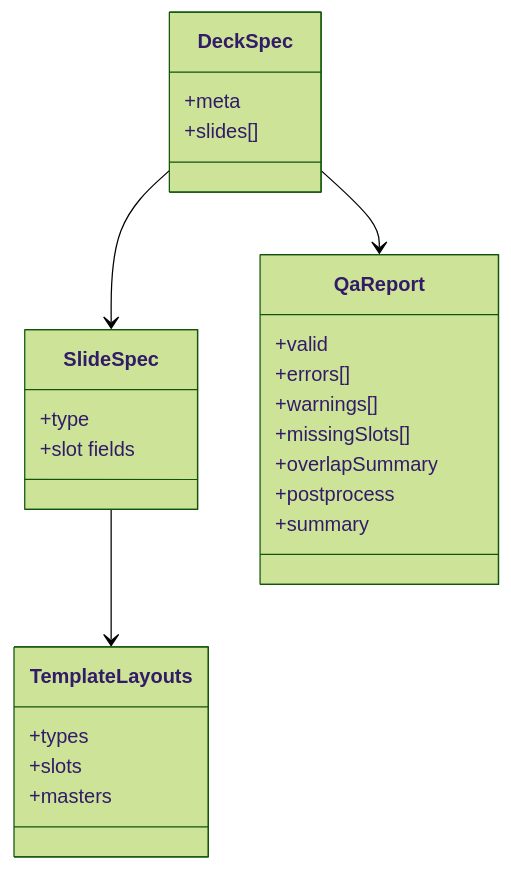
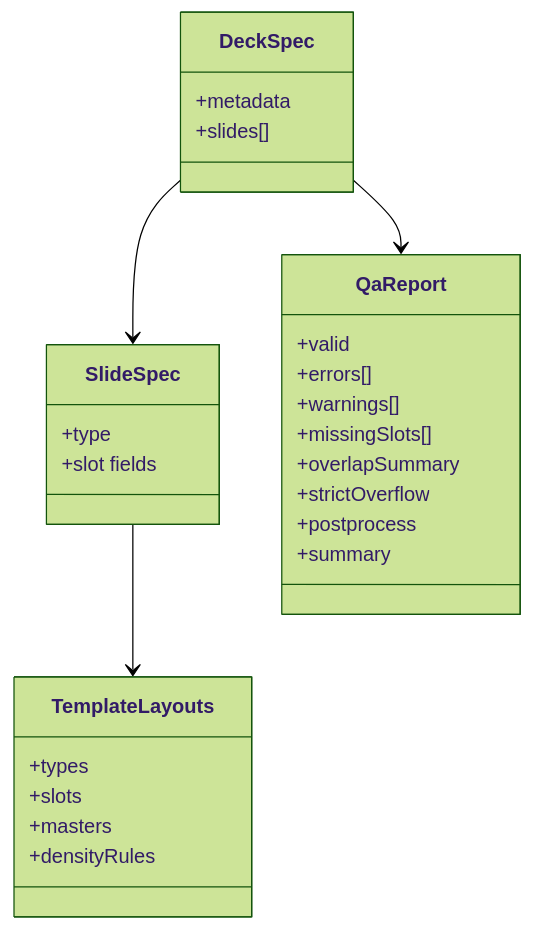
Before and after one commit to rishirsv/perks: the fourth of 4 diagrams in chatgpt/kpmg-slidegen/ARCHITECTURE.md, drawn with Mermaid (forest theme). The commit also changed other lines of this file and 33 other files, not shown here.

````diff
--- a/chatgpt/kpmg-slidegen/ARCHITECTURE.md
+++ b/chatgpt/kpmg-slidegen/ARCHITECTURE.md
@@ -103,32 +98,34 @@
 ```mermaid
 classDiagram
   class DeckSpec {
-    +meta
+    +metadata
     +slides[]
   }
 
   class SlideSpec {
     +type
     +slot fields
   }
 
   class TemplateLayouts {
     +types
     +slots
     +masters
+    +densityRules
   }
 
   class QaReport {
     +valid
     +errors[]
     +warnings[]
     +missingSlots[]
     +overlapSummary
+    +strictOverflow
     +postprocess
     +summary
   }
 
   DeckSpec --> SlideSpec
   SlideSpec --> TemplateLayouts
   DeckSpec --> QaReport
 ```
````
